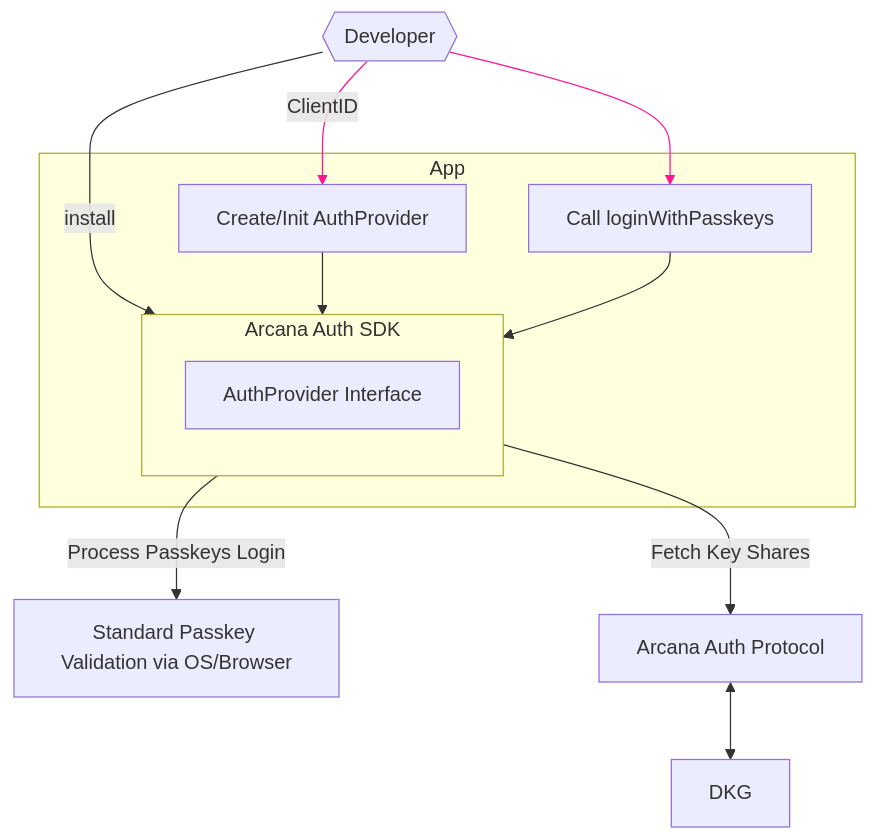
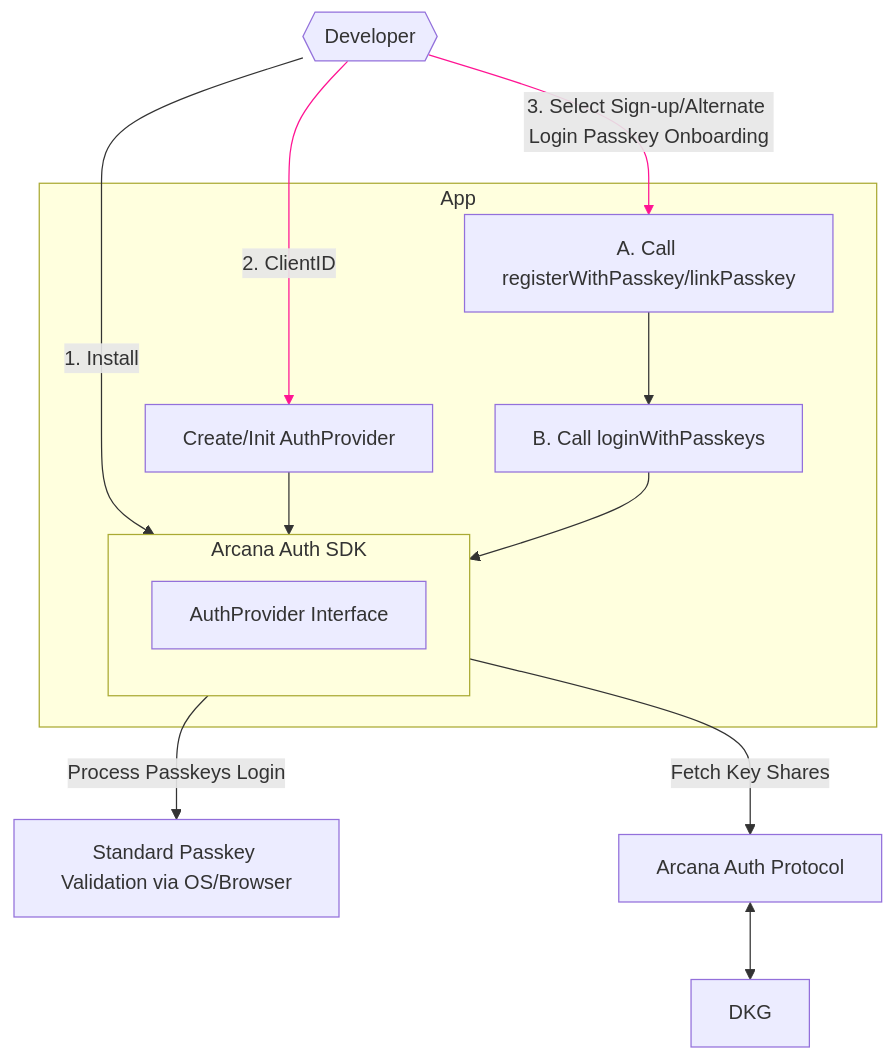
Before and after one commit to shaloo/docs.arcana: the sixth of 7 diagrams in docs/concepts/authtype/auth-passkeys.md, drawn with Mermaid. The commit also changed other lines of this file and 4 other files, not shown here.

Commit message:
Review fixes, mermaid diagram update

````diff
--- a/docs/concepts/authtype/auth-passkeys.md
+++ b/docs/concepts/authtype/auth-passkeys.md
@@ -115,17 +118,18 @@
     ```mermaid
     graph TD
-        DFLA{{Developer}} --install --> authsdk
-        DFLA --ClientID -->AUTHP
-        DFLA -->COA
+        DFLA{{Developer}} --1. Install --> authsdk
+        DFLA --2. ClientID -->AUTHP
+        DFLA --3. Select Sign-up/Alternate Login Passkey Onboarding -->POP -->COA
         subgraph app[App]
             AUTHP[Create/Init AuthProvider] --> authsdk
-            COA[Call loginWithPasskeys] --> authsdk
+            COA[B. Call loginWithPasskeys] --> authsdk
+            POP[A. Call registerWithPasskey/linkPasskey]
             subgraph authsdk[Arcana Auth SDK]
             direction TB 
                 SDK1[AuthProvider Interface] 
             end
         end
         linkStyle 1,2 stroke: deeppink;
         authsdk --Process Passkeys Login --> STD[Standard Passkey Validation via OS/Browser]
         authsdk --Fetch Key Shares --> BEP[Arcana Auth Protocol] <--> BEK[DKG]
     ```
````
